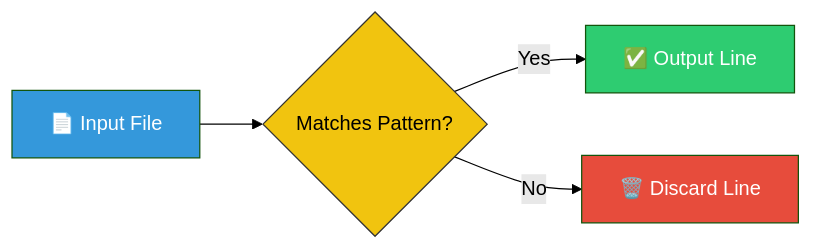
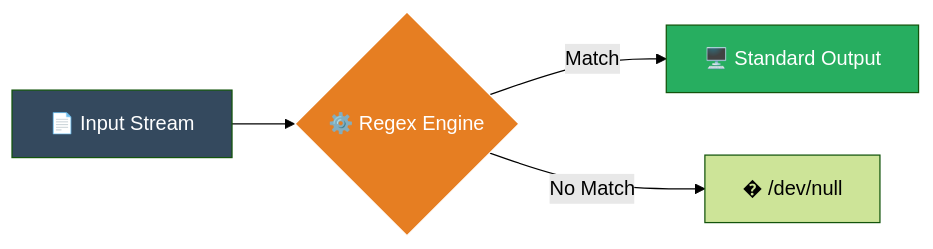
One commit to Ganil151/Devops changed the diagram in 1-Beginner/02-Phase-2/02-Automation/01-Shell-Scripting/05-Searching-in-Files/README.md. Above: the diagram before and after it, drawn with Mermaid (forest theme). The commit also changed other lines of this file and 17 other files, not shown here.

````diff
--- a/1-Beginner/02-Phase-2/02-Automation/01-Shell-Scripting/05-Searching-in-Files/README.md
+++ b/1-Beginner/02-Phase-2/02-Automation/01-Shell-Scripting/05-Searching-in-Files/README.md
@@ -25,11 +21,10 @@
 ```mermaid
 graph LR
-    Input[📄 Input File] --> Filter{Matches Pattern?}
-    Filter -- Yes --> Output[✅ Output Line]
-    Filter -- No --> Discard[🗑️ Discard Line]
+    Input["📄 Input Stream"] --> Engine{"⚙️ Regex Engine"}
+    Engine -- Match --> Stdout["🖥️ Standard Output"]
+    Engine -- No Match --> Null["� /dev/null"]
     
-    style Input fill:#3498db,color:#fff
-    style Filter fill:#f1c40f,stroke:#333
-    style Output fill:#2ecc71,color:#fff
-    style Discard fill:#e74c3c,color:#fff
+    style Input fill:#34495e,color:#fff
+    style Engine fill:#e67e22,stroke:#fff,color:#fff
+    style Stdout fill:#27ae60,color:#fff
 ```
````
